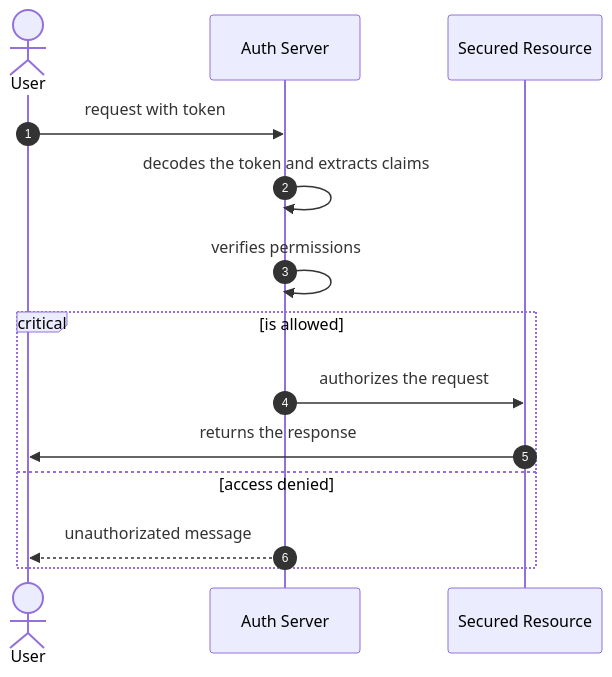
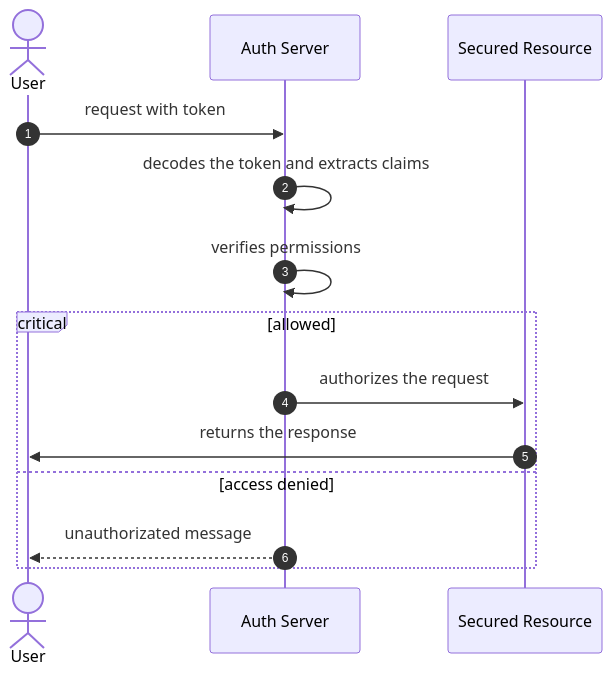
Before and after one commit to hsandmann/platform: the second of 2 diagrams in docs/security.md, drawn with Mermaid. The commit also changed 1 other file, not shown here.

Commit message:
Initial Version

````diff
--- a/docs/security.md
+++ b/docs/security.md
@@ -41,14 +41,14 @@
 ``` mermaid
 sequenceDiagram
   autonumber
   actor User
   User->>Auth Server: request with token
   Auth Server->>Auth Server: decodes the token and extracts claims
   Auth Server->>Auth Server: verifies permissions
-  critical is allowed
+  critical allowed
     Auth Server->>Secured Resource: authorizes the request
     Secured Resource->>User: returns the response
   option access denied
     Auth Server-->>User: unauthorizated message
   end  
 ```
````
